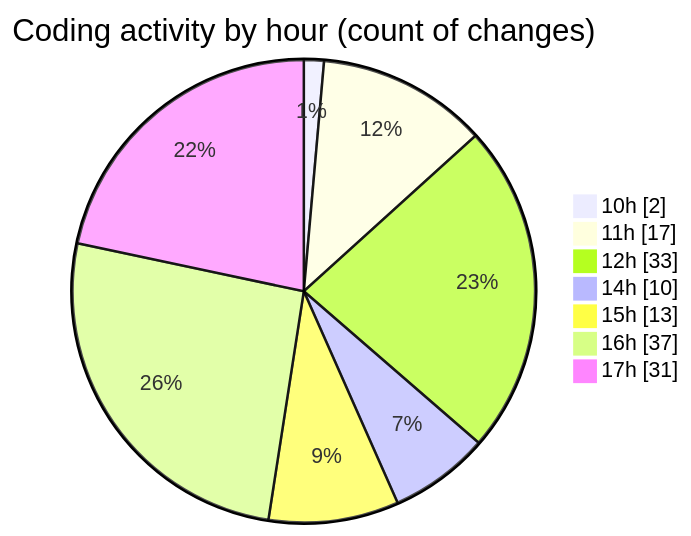
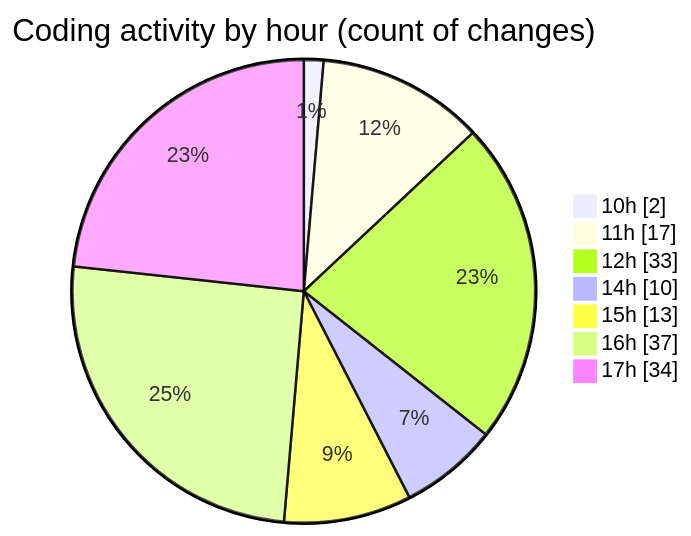
The second of 2 diagrams in 2025-05-14/argos-dev/README.md (nxtqubesakshisongat/code-tracking), drawn with Mermaid before and after one commit. The commit also changed other lines of this file and 1 other file, not shown here.

````diff
--- a/2025-05-14/argos-dev/README.md
+++ b/2025-05-14/argos-dev/README.md
@@ -36,11 +36,11 @@
 ```mermaid
 pie showData
 title Coding activity by hour (count of changes)
 "10h" : 2
 "11h" : 17
 "12h" : 33
 "14h" : 10
 "15h" : 13
 "16h" : 37
-"17h" : 31
+"17h" : 34
 ```
````
